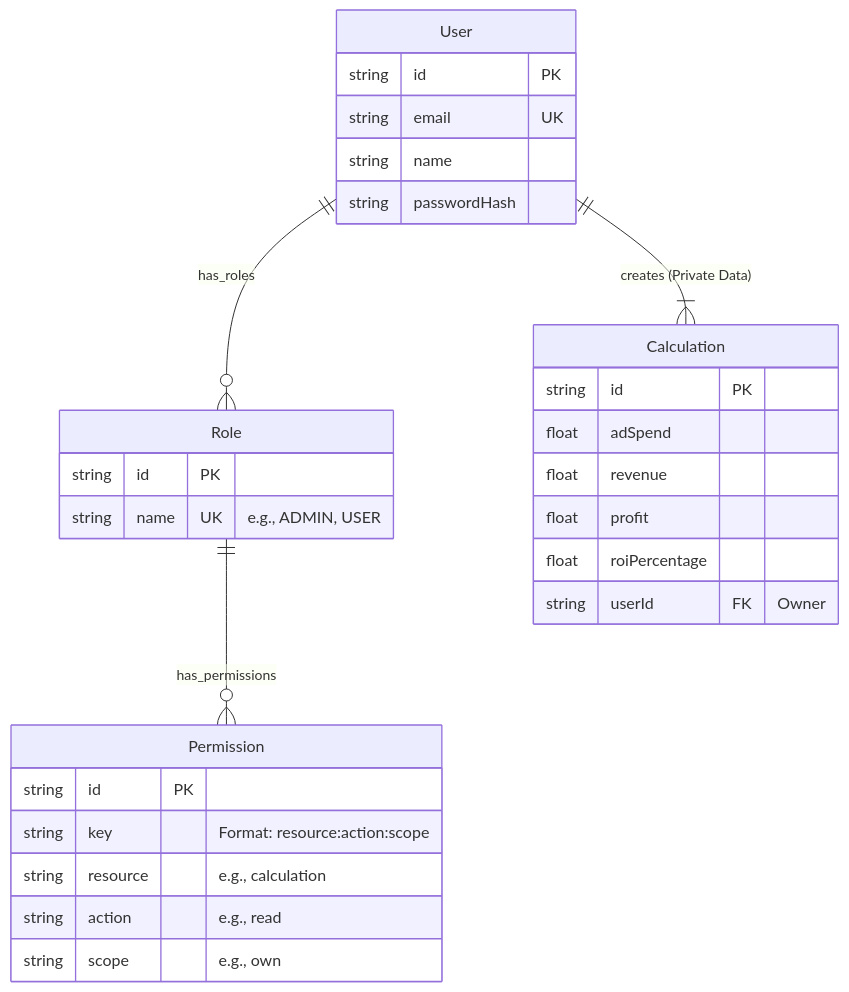
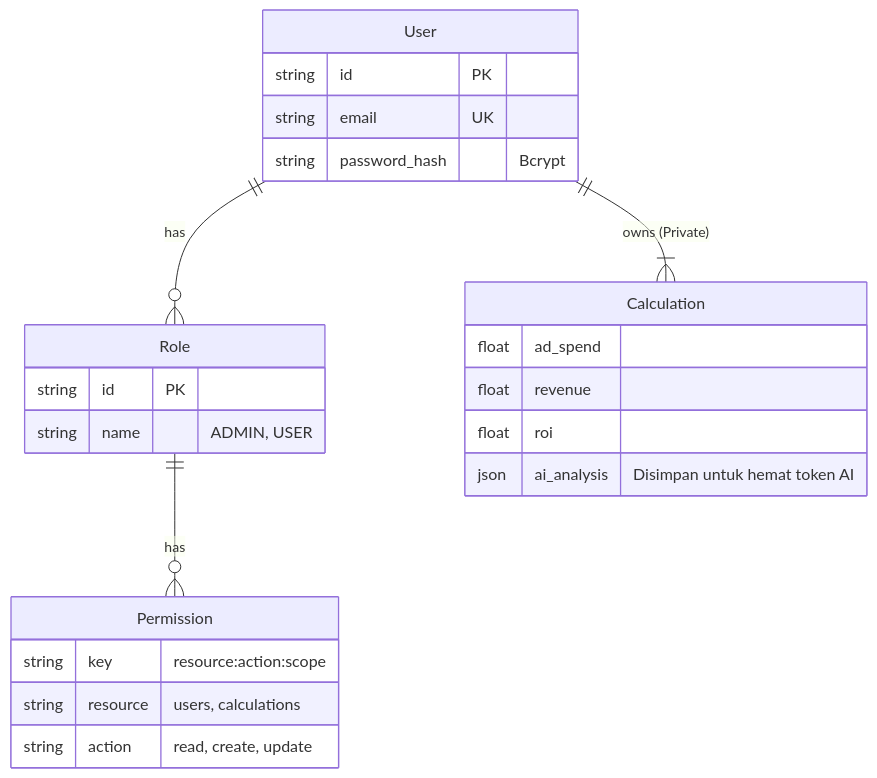
Before and after one commit to hadimiftahulf/test-hilir: the diagram in .docs/deck_presentasi.md, drawn with Mermaid. The commit also changed other lines of this file, not shown here.

Commit message:
docs: Refactor presentation deck into a slide-by-slide format, adding new content and updating existing sections.

````diff
--- a/.docs/deck_presentasi.md
+++ b/.docs/deck_presentasi.md
@@ -59,35 +65,30 @@
 ```mermaid
 erDiagram
-    User ||--o{ Role : "has_roles"
-    Role ||--o{ Permission : "has_permissions"
-    User ||--|{ Calculation : "creates (Private Data)"
+    User ||--o{ Role : "has"
+    Role ||--o{ Permission : "has"
+    User ||--|{ Calculation : "owns (Private)"
     
     User {
         string id PK
         string email UK
-        string name
-        string passwordHash
+        string password_hash "Bcrypt"
     }
 
     Role {
         string id PK
-        string name UK "e.g., ADMIN, USER"
+        string name "ADMIN, USER"
     }
 
     Permission {
-        string id PK
-        string key "Format: resource:action:scope"
-        string resource "e.g., calculation"
-        string action "e.g., read"
-        string scope "e.g., own"
+        string key "resource:action:scope"
+        string resource "users, calculations"
+        string action "read, create, update"
     }
 
     Calculation {
-        string id PK
-        float adSpend
+        float ad_spend
         float revenue
-        float profit
-        float roiPercentage
-        string userId FK "Owner"
+        float roi
+        json ai_analysis "Disimpan untuk hemat token AI"
     }
 ```
````
